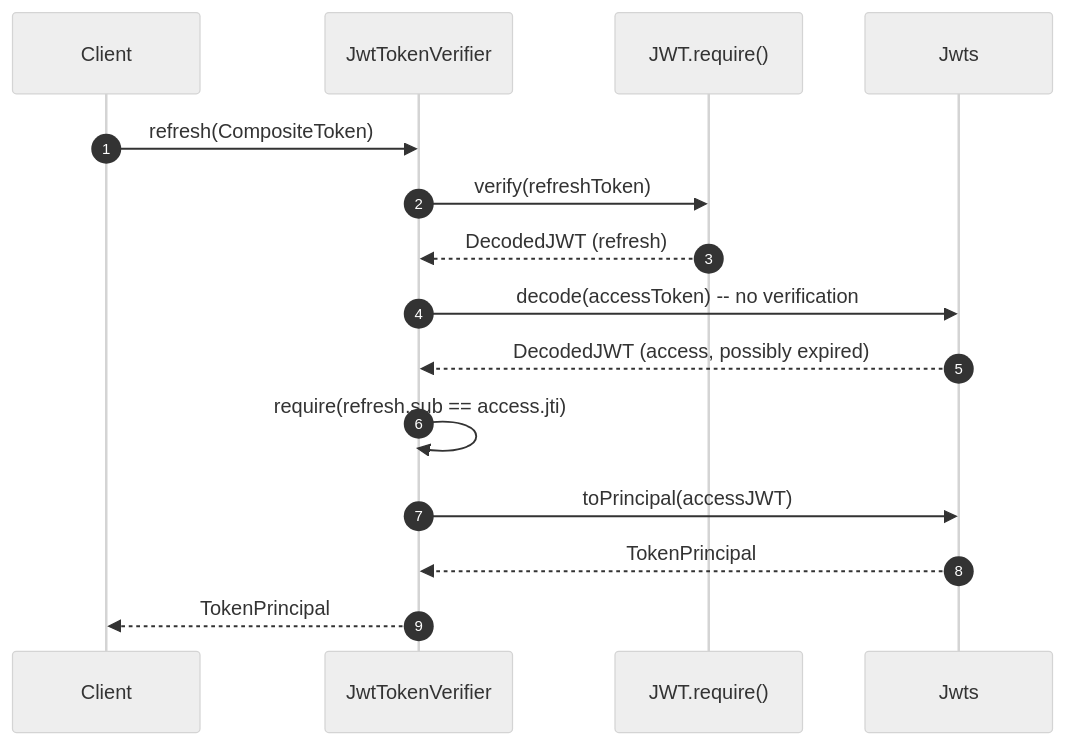
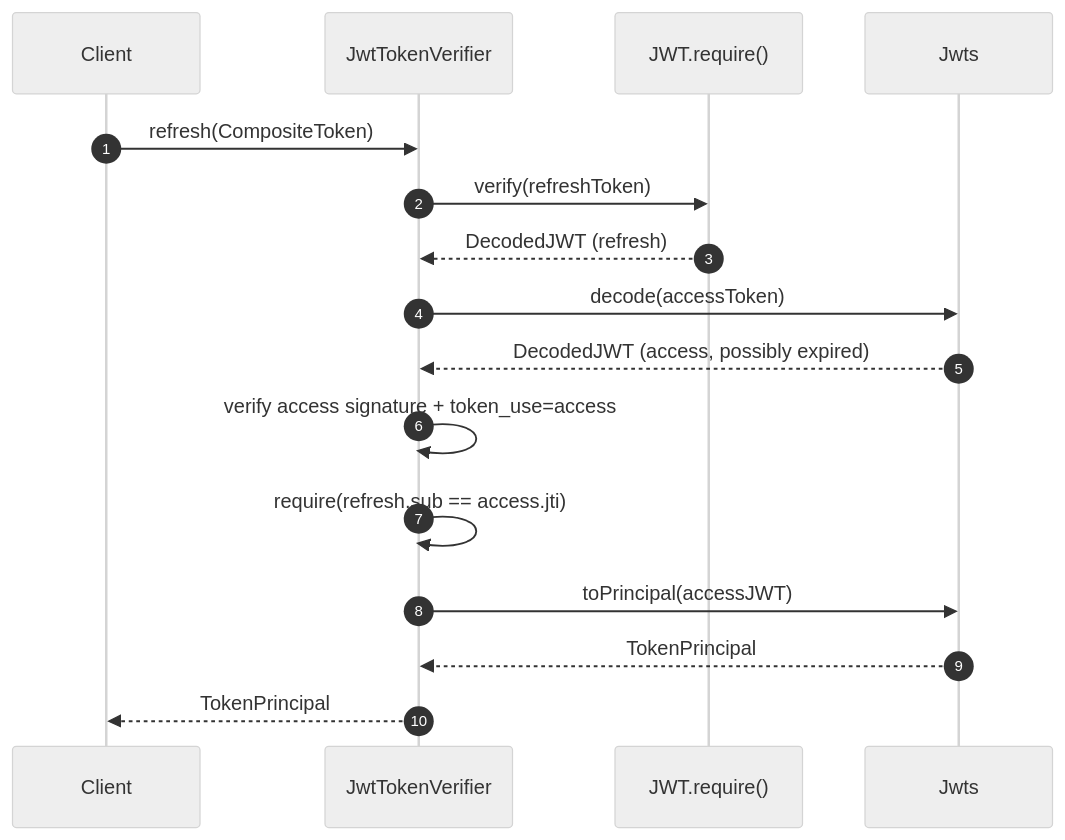
The third of 3 diagrams in wiki/deep-dive/authentication/jwt-integration.md (Ahoo-Wang/CoSec), drawn with Mermaid (neutral theme) before and after one commit. The commit also changed other lines of this file and 43 other files, not shown here.

````diff
--- a/wiki/deep-dive/authentication/jwt-integration.md
+++ b/wiki/deep-dive/authentication/jwt-integration.md
@@ -166,19 +171,20 @@
 ```mermaid
 sequenceDiagram
     autonumber
     participant Client
     participant Verifier as JwtTokenVerifier
     participant JWT as JWT.require()
     participant Jwts as Jwts
 
     Client->>Verifier: refresh(CompositeToken)
     Verifier->>JWT: verify(refreshToken)
     JWT-->>Verifier: DecodedJWT (refresh)
-    Verifier->>Jwts: decode(accessToken) -- no verification
+    Verifier->>Jwts: decode(accessToken)
     Jwts-->>Verifier: DecodedJWT (access, possibly expired)
+    Verifier->>Verifier: verify access signature + token_use=access
     Verifier->>Verifier: require(refresh.sub == access.jti)
     Verifier->>Jwts: toPrincipal(accessJWT)
     Jwts-->>Verifier: TokenPrincipal
     Verifier-->>Client: TokenPrincipal
 
 ```
````
